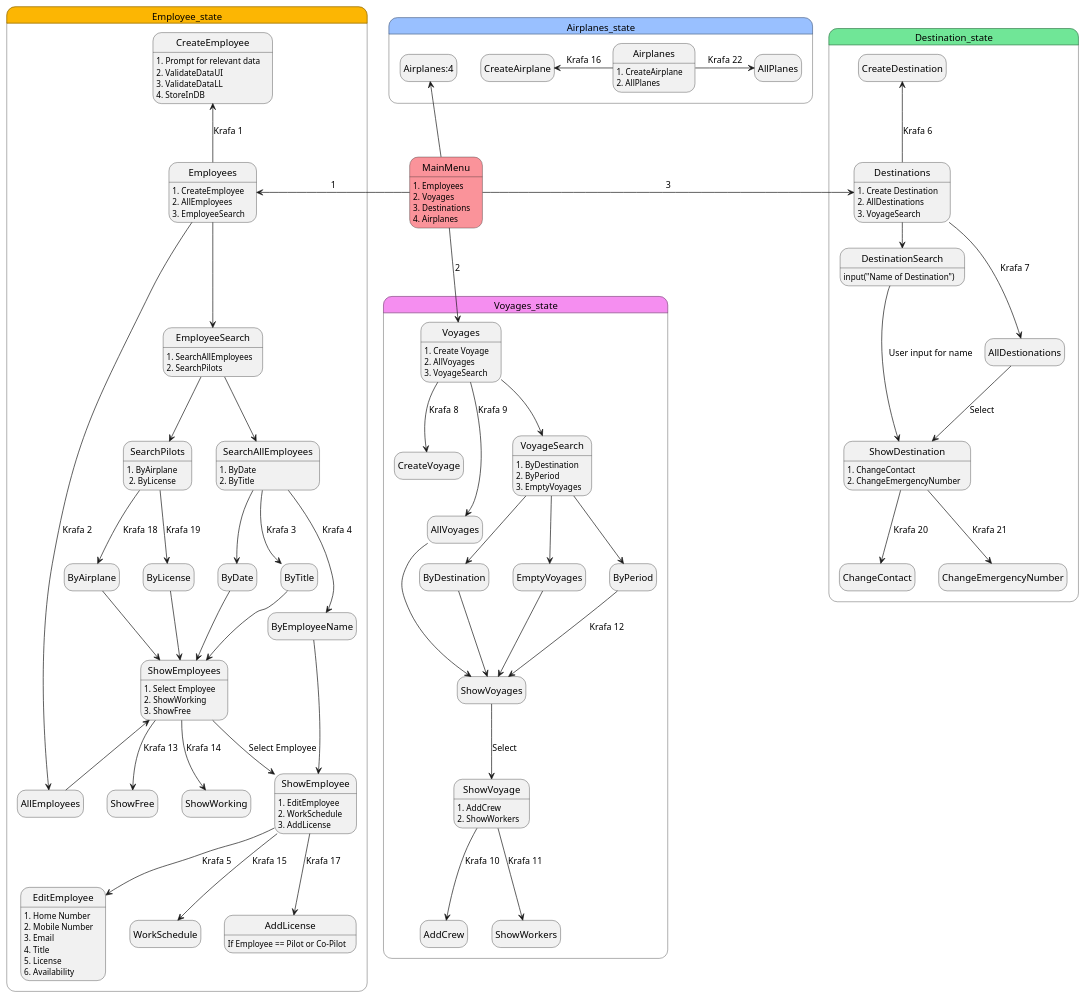
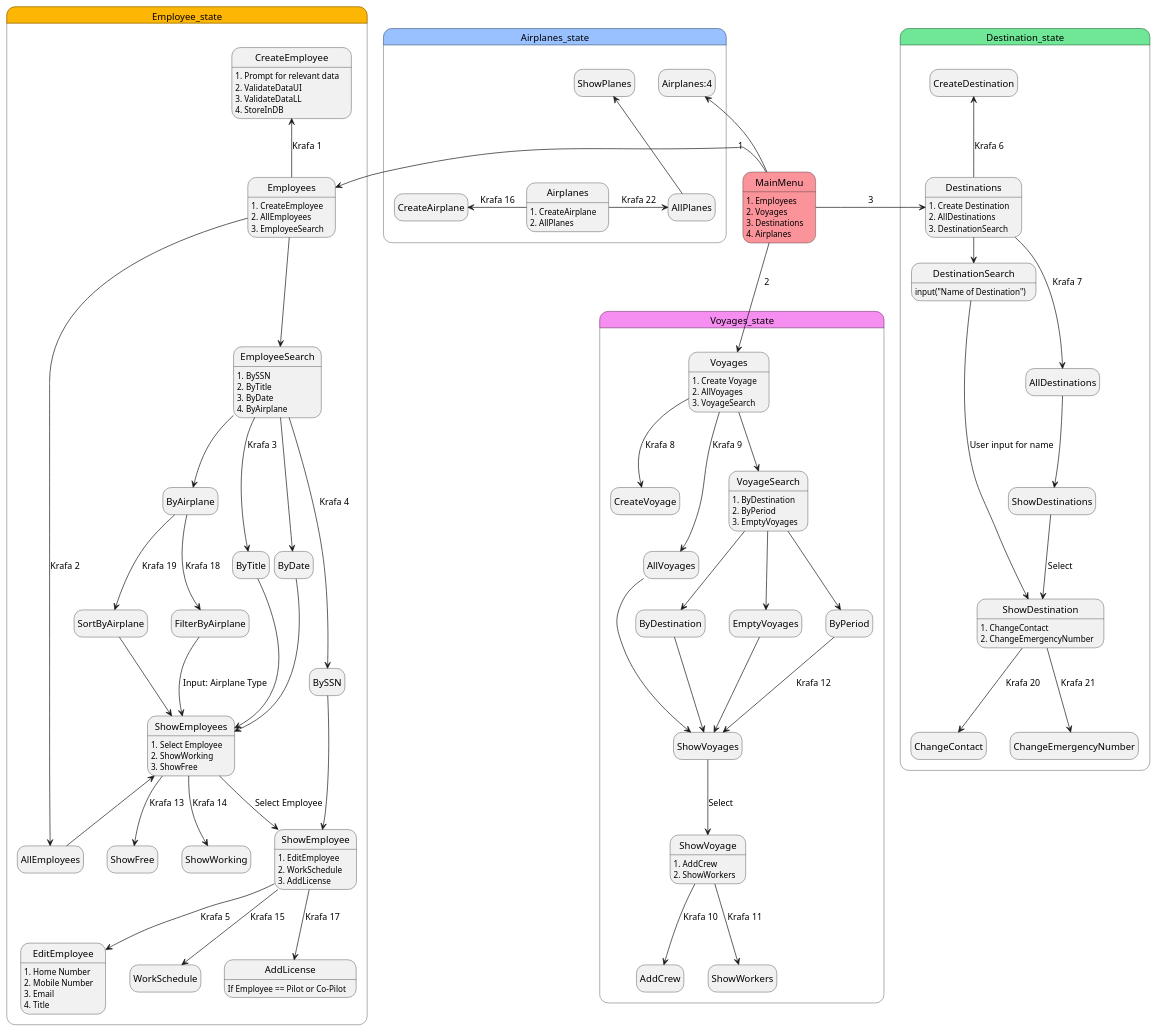
The diagram in state_diagrams/UI_State_Diagram.puml (irmalexandra/vln1_chuck_nan), drawn with PlantUML before and after one commit.

Commit message:
"updated airplane sort and filter"

```diff
--- a/state_diagrams/UI_State_Diagram.puml
+++ b/state_diagrams/UI_State_Diagram.puml
@@ -1,90 +1,91 @@
 @startuml UI_states
 hide empty description
 MainMenu: 1. Employees \n2. Voyages \n3. Destinations \n4. Airplanes
 
 state Employee_state #fcb603{
 
     MainMenu #fa939a -Left-> Employees: 1
     Employees: 1. CreateEmployee \n2. AllEmployees \n3. EmployeeSearch
     Employees -up-> CreateEmployee: Krafa 1
     CreateEmployee: 1. Prompt for relevant data \n2. ValidateDataUI \n3. ValidateDataLL\n4. StoreInDB
     Employees -up-> AllEmployees: Krafa 2
     AllEmployees -up-> ShowEmployees
     Employees -down-> EmployeeSearch
-    EmployeeSearch --> SearchPilots
-    SearchPilots: 1. ByAirplane\n 2. ByLicense
-    EmployeeSearch --> SearchAllEmployees
-    SearchAllEmployees: 1. ByDate\n2. ByTitle
-    EmployeeSearch: 1. SearchAllEmployees\n2. SearchPilots
-    SearchAllEmployees --> ByTitle: Krafa 3
+    EmployeeSearch --> ByTitle: Krafa 3
     ByTitle --> ShowEmployees
     ShowEmployees: 1. Select Employee \n2. ShowWorking \n3. ShowFree
-    SearchAllEmployees --> ByEmployeeName: Krafa 4
-    ByEmployeeName --> ShowEmployee
+    EmployeeSearch --> BySSN: Krafa 4
+    BySSN --> ShowEmployee
     ShowEmployee: 1. EditEmployee \n2. WorkSchedule\n3. AddLicense
     ShowEmployee --> EditEmployee: Krafa 5
-    EditEmployee: 1. Home Number \n2. Mobile Number \n3. Email \n4. Title \n5. License \n6. Availability
+    EditEmployee: 1. Home Number \n2. Mobile Number \n3. Email \n4. Title
     ShowEmployee --> WorkSchedule: Krafa 15
-    SearchAllEmployees --> ByDate
+    EmployeeSearch --> ByDate
     ByDate --> ShowEmployees
-    SearchPilots --> ByAirplane: Krafa 18
-    SearchPilots --> ByLicense: Krafa 19
-    ByAirplane --> ShowEmployees
-    ByLicense --> ShowEmployees
+    EmployeeSearch --> ByAirplane
+    ByAirplane --> SortByAirplane: Krafa 19
+    ByAirplane --> FilterByAirplane: Krafa 18
+    SortByAirplane --> ShowEmployees
+    FilterByAirplane --> ShowEmployees: Input: Airplane Type
+    EmployeeSearch: 1. BySSN\n2. ByTitle\n3. ByDate\n4. ByAirplane
+
+
     ShowEmployees --> ShowFree: Krafa 13
     ShowEmployees --> ShowWorking: Krafa 14
     ShowEmployees --> ShowEmployee: Select Employee
     ShowEmployee --> AddLicense: Krafa 17
     AddLicense: If Employee == Pilot or Co-Pilot
 
 }
 
 
 state Voyages_state #f58ef0{
     MainMenu -Down-> Voyages: 2
     Voyages: 1. Create Voyage \n2. AllVoyages \n3. VoyageSearch
     Voyages --> CreateVoyage: Krafa 8
     Voyages --> AllVoyages: Krafa 9
     AllVoyages --> ShowVoyages
     Voyages --> VoyageSearch
     VoyageSearch: 1. ByDestination \n2. ByPeriod \n3. EmptyVoyages
     VoyageSearch --> ByDestination
     VoyageSearch --> EmptyVoyages
     VoyageSearch --> ByPeriod
     ByDestination --> ShowVoyages
 
     EmptyVoyages --> ShowVoyages
     ByPeriod --> ShowVoyages: Krafa 12
     ShowVoyages --> ShowVoyage: Select
     ShowVoyage: 1. AddCrew \n2. ShowWorkers
     ShowVoyage --> AddCrew: Krafa 10
     ShowVoyage --> ShowWorkers: Krafa 11
 
 }
 
 state Destination_state #70e697{
     MainMenu -Right-> Destinations: 3
-    Destinations:1. Create Destination \n2. AllDestinations \n3. VoyageSearch
+    Destinations:1. Create Destination \n2. AllDestinations \n3. DestinationSearch
     Destinations -up-> CreateDestination: Krafa 6
-    Destinations -down-> AllDestionations: Krafa 7
-    AllDestionations --> ShowDestination: Select
+    Destinations -down-> AllDestinations: Krafa 7
+    ShowDestinations --> ShowDestination: Select
+    AllDestinations --> ShowDestinations
     Destinations -right-> DestinationSearch
     DestinationSearch: input("Name of Destination")
     DestinationSearch --> ShowDestination: User input for name
     ShowDestination: 1. ChangeContact \n2. ChangeEmergencyNumber
     ShowDestination --> ChangeContact: Krafa 20
     ShowDestination --> ChangeEmergencyNumber: Krafa 21
 
 }
 
 state Airplanes_state #99c0ff{
     MainMenu -up-> Airplanes:4 
     Airplanes: 1. CreateAirplane \n2. AllPlanes
     Airplanes -left-> CreateAirplane: Krafa 16
     Airplanes -right-> AllPlanes: Krafa 22
+    AllPlanes -up-> ShowPlanes
     
     
 
 }
 
 @enduml
```
